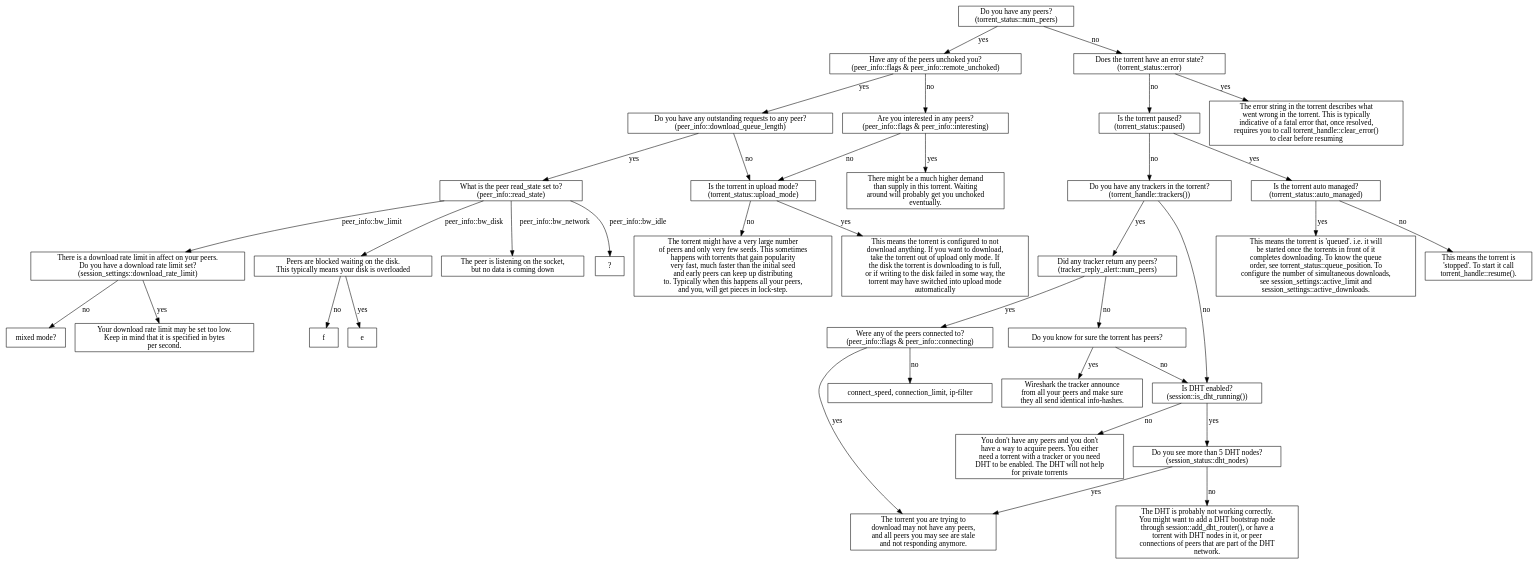
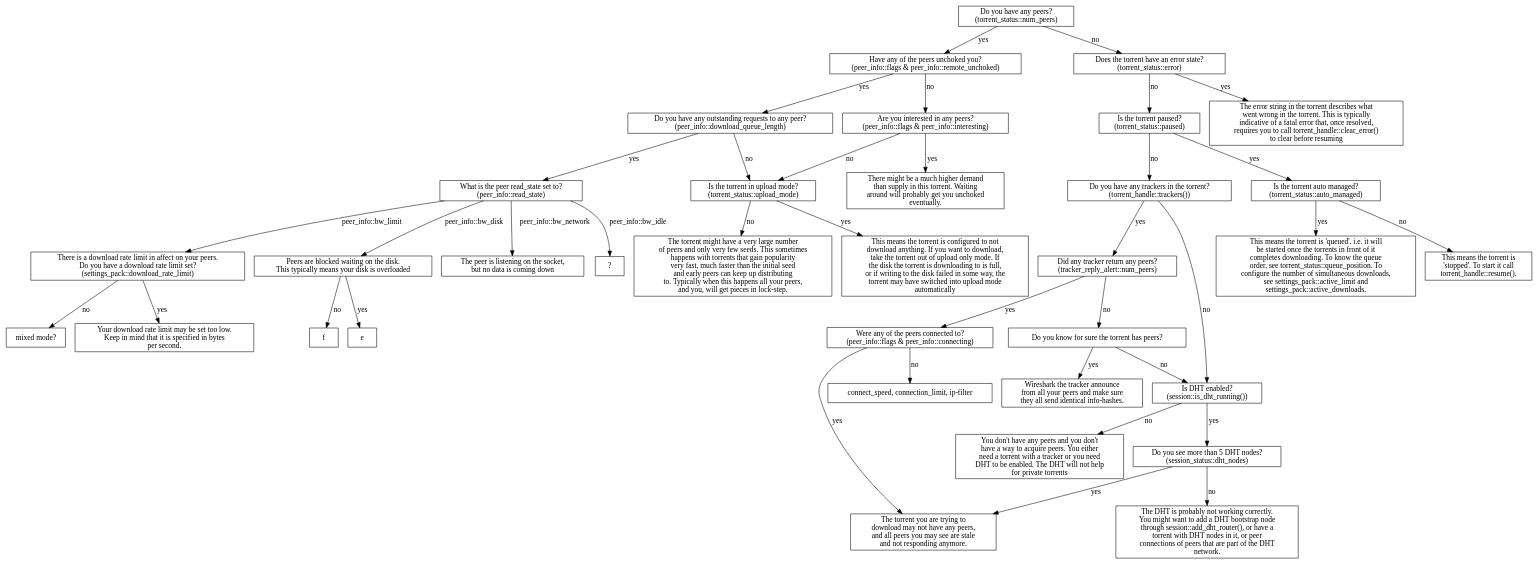
Before and after one commit to arvidn/libtorrent: the diagram in docs/troubleshooting.dot, drawn with Graphviz. The commit also changed 21 other files, not shown here.

Commit message:
fix documentation mentions of session_settings to refer to settings_pack. clean out some outdated disk instrumentation docs

```diff
--- a/docs/troubleshooting.dot
+++ b/docs/troubleshooting.dot
@@ -1,107 +1,107 @@
 digraph no_download {
 
 	node [shape=box];
 
 	node_peers [label="Do you have any peers?\n(torrent_status::num_peers)"];
 	node_unchoked [label="Have any of the peers unchoked you?\n(peer_info::flags & peer_info::remote_unchoked)"];
 	node_error [label="Does the torrent have an error state?\n(torrent_status::error)"];
 	node_paused [label="Is the torrent paused?\n(torrent_status::paused)"];
 	node_end_error [label="The error string in the torrent describes what\nwent wrong in the torrent. This is typically\nindicative of a fatal error that, once resolved,\nrequires you to call torrent_handle::clear_error()\nto clear before resuming"];
 	node_tracker [label="Do you have any trackers in the torrent?\n(torrent_handle::trackers())"];
 	node_auto [label="Is the torrent auto managed?\n(torrent_status::auto_managed)"];
 	node_outstanding_reqs [label="Do you have any outstanding requests to any peer?\n(peer_info::download_queue_length)"];
 	node_interested [label="Are you interested in any peers?\n(peer_info::flags & peer_info::interesting)"];
 	node_tracker_peers [label="Did any tracker return any peers?\n(tracker_reply_alert::num_peers)"];
 
 	node_dht_enabled [label="Is DHT enabled?\n(session::is_dht_running())"];
 
 	node_dht_nodes [label="Do you see more than 5 DHT nodes?\n(session_status::dht_nodes)"]
 
 	node_peers_for_sure [label="Do you know for sure the torrent has peers?"];
 
 	node_peers_connected [label="Were any of the peers connected to?\n(peer_info::flags & peer_info::connecting)"];
 
 	node_end_wireshark_tracker [label="Wireshark the tracker announce\nfrom all your peers and make sure\nthey all send identical info-hashes."];
 
 	node_connect_speed [label="connect_speed, connection_limit, ip-filter"];
 
 	node_upload_mode [label="Is the torrent in upload mode?\n(torrent_status::upload_mode)"];
 	node_bwstate [label="What is the peer read_state set to?\n(peer_info::read_state)"];
 
-	node_dl_limit [label="There is a download rate limit in affect on your peers.\nDo you have a download rate limit set?\n(session_settings::download_rate_limit)"];
+	node_dl_limit [label="There is a download rate limit in affect on your peers.\nDo you have a download rate limit set?\n(settings_pack::download_rate_limit)"];
 
 	node_dl_disk [label="Peers are blocked waiting on the disk.\nThis typically means your disk is overloaded"];
 
 	node_dl_socket [label="The peer is listening on the socket,\nbut no data is coming down"];
 
 // end states
 
-	node_end_queued [label="This means the torrent is 'queued'. i.e. it will\nbe started once the torrents in front of it\ncompletes downloading. To know the queue\norder, see torrent_status::queue_position. To\nconfigure the number of simultaneous downloads,\nsee session_settings::active_limit and\nsession_settings::active_downloads."];
+	node_end_queued [label="This means the torrent is 'queued'. i.e. it will\nbe started once the torrents in front of it\ncompletes downloading. To know the queue\norder, see torrent_status::queue_position. To\nconfigure the number of simultaneous downloads,\nsee settings_pack::active_limit and\nsettings_pack::active_downloads."];
 
 	node_end_stopped [label="This means the torrent is\n'stopped'. To start it call\ntorrent_handle::resume()."];
 
 	node_end_no_peer_source [label="You don't have any peers and you don't\nhave a way to acquire peers. You either\nneed a torrent with a tracker or you need\nDHT to be enabled. The DHT will not help\nfor private torrents"];
 
 	node_end_dht_broken [label="The DHT is probably not working correctly.\nYou might want to add a DHT bootstrap node\nthrough session::add_dht_router(), or have a\ntorrent with DHT nodes in it, or peer\nconnections of peers that are part of the DHT\nnetwork."];
 
 	node_end_no_peers [label="The torrent you are trying to\ndownload may not have any peers,\n and all peers you may see are stale\nand not responding anymore."];
 
 	node_end_supply_demand [label="There might be a much higher demand\nthan supply in this torrent. Waiting\naround will probably get you unchoked\neventually."];
 
 	node_end_flash_crowd [label="The torrent might have a very large number\nof peers and only very few seeds. This sometimes\nhappens with torrents that gain popularity\nvery fast, much faster than the initial seed\nand early peers can keep up distributing\nto. Typically when this happens all your peers,\nand you, will get pieces in lock-step."];
 
 	node_end_no_download [label="This means the torrent is configured to not\ndownload anything. If you want to download,\ntake the torrent out of upload only mode. If\nthe disk the torrent is downloading to is full,\nor if writing to the disk failed in some way, the\ntorrent may have switched into upload mode\nautomatically"];
 	
 	node_peers -> node_error [label="no"];
 	node_peers -> node_unchoked [label="yes"];
 
 	node_error -> node_end_error [label="yes"];
 	node_error -> node_paused [label="no"];
 
 	node_paused -> node_auto [label="yes"];
 	node_paused -> node_tracker [label="no"];
 
 	node_auto -> node_end_queued [label="yes"];
 	node_auto -> node_end_stopped [label="no"];
 
 	node_tracker -> node_tracker_peers [label="yes"];
 	node_tracker -> node_dht_enabled [label="no"];
 
 	node_tracker_peers -> node_peers_for_sure [label="no"];
 	node_tracker_peers -> node_peers_connected [label="yes"];
 
 	node_peers_for_sure -> node_end_wireshark_tracker [label="yes"];
 	node_peers_for_sure -> node_dht_enabled [label="no"];
 
 	node_peers_connected -> node_connect_speed [label="no"];
 	node_peers_connected -> node_end_no_peers [label="yes"];
 
 	node_dht_enabled -> node_end_no_peer_source [label="no"];
 	node_dht_enabled -> node_dht_nodes [label="yes"];
 
 	node_dht_nodes -> node_end_dht_broken [label="no"];
 	node_dht_nodes -> node_end_no_peers [label="yes"];
 
 	node_unchoked -> node_outstanding_reqs [label="yes"];
 	node_unchoked -> node_interested [label="no"];
 
 	node_outstanding_reqs -> node_bwstate [label="yes"];
 	node_outstanding_reqs -> node_upload_mode [label="no"];
 
 	node_upload_mode -> node_end_flash_crowd [label="no"];
 	node_upload_mode -> node_end_no_download [label="yes"];
 
 	node_interested -> node_upload_mode [label="no"];
 	node_interested -> node_end_supply_demand [label="yes"];
 
 	node_bwstate -> "?" [label="peer_info::bw_idle"];
 	node_bwstate -> node_dl_limit [label="peer_info::bw_limit"];
 	node_bwstate -> node_dl_socket [label="peer_info::bw_network"];
 	node_bwstate -> node_dl_disk [label="peer_info::bw_disk"];
 
 	node_dl_limit -> "Your download rate limit may be set too low.\nKeep in mind that it is specified in bytes\nper second." [label="yes"];
 	node_dl_limit -> "mixed mode?" [label="no"];
 
 	node_dl_disk -> "e" [label="yes"];
 	node_dl_disk -> "f" [label="no"];
 }
```
